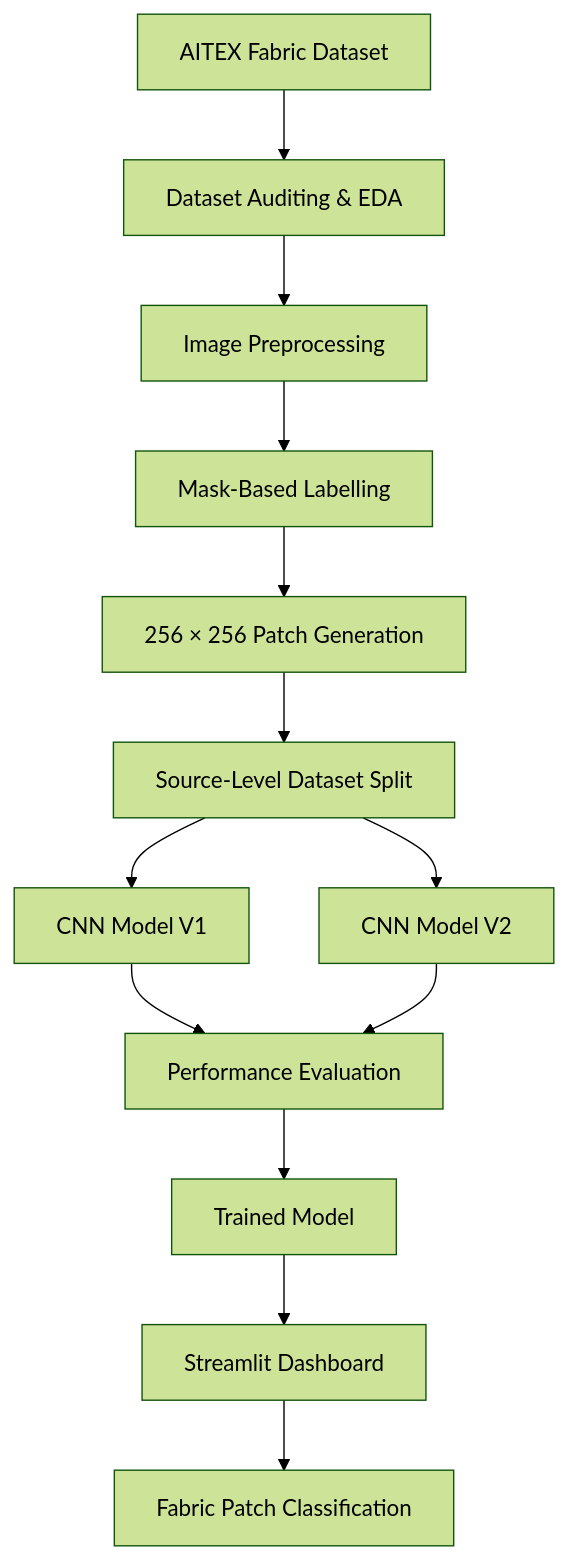
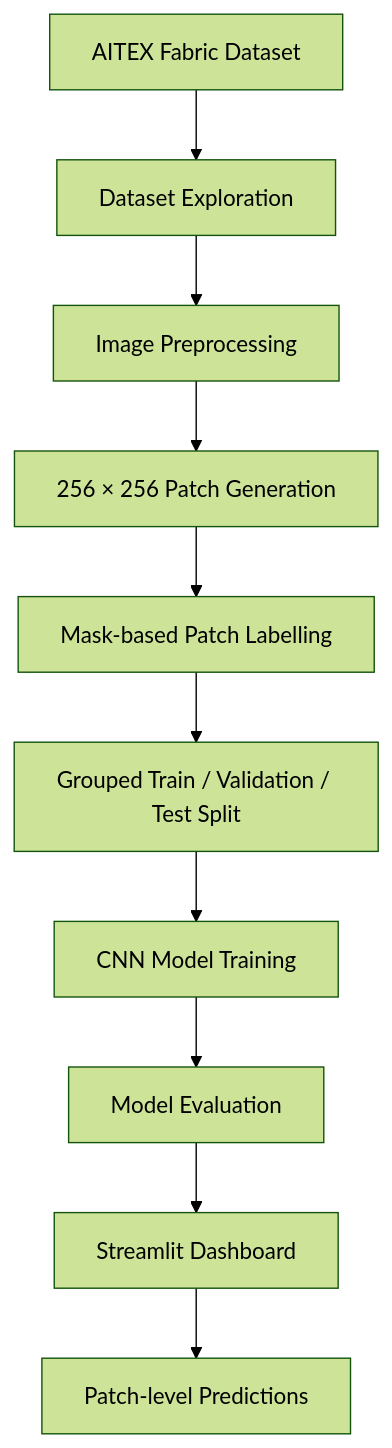
The diagram in README.md (swagata-dsai/FabricGuard-AI), drawn with Mermaid (forest theme) before and after one commit. The commit also changed other lines of this file, not shown here.

````diff
--- a/README.md
+++ b/README.md
@@ -94,15 +100,12 @@
 ```mermaid
 flowchart TD
-    A["AITEX Fabric Dataset"] --> B["Dataset Auditing & EDA"]
+    A["AITEX Fabric Dataset"] --> B["Dataset Exploration"]
     B --> C["Image Preprocessing"]
-    C --> D["Mask-Based Labelling"]
-    D --> E["256 × 256 Patch Generation"]
-    E --> F["Source-Level Dataset Split"]
-    F --> G["CNN Model V1"]
-    F --> H["CNN Model V2"]
-    G --> I["Performance Evaluation"]
-    H --> I
-    I --> J["Trained Model"]
-    J --> K["Streamlit Dashboard"]
-    K --> L["Fabric Patch Classification"]
+    C --> D["256 × 256 Patch Generation"]
+    D --> E["Mask-based Patch Labelling"]
+    E --> F["Grouped Train / Validation / Test Split"]
+    F --> G["CNN Model Training"]
+    G --> H["Model Evaluation"]
+    H --> I["Streamlit Dashboard"]
+    I --> J["Patch-level Predictions"]
 ```
````
